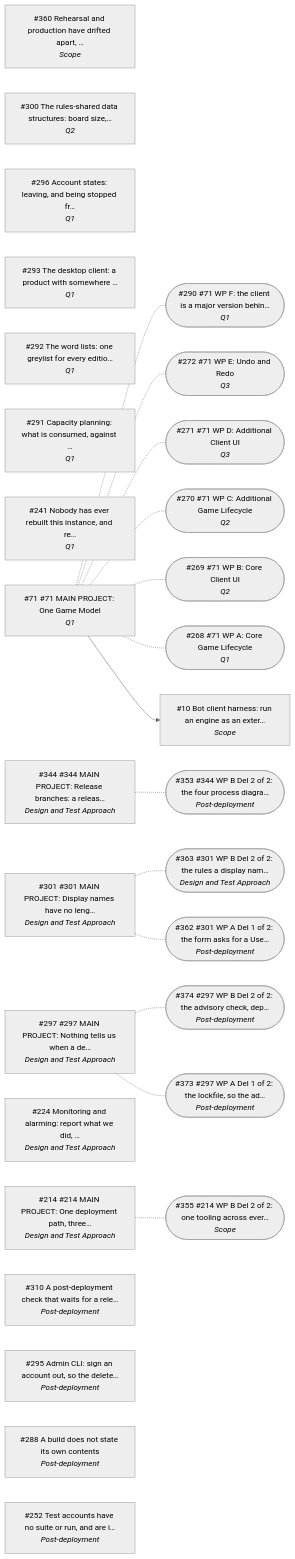
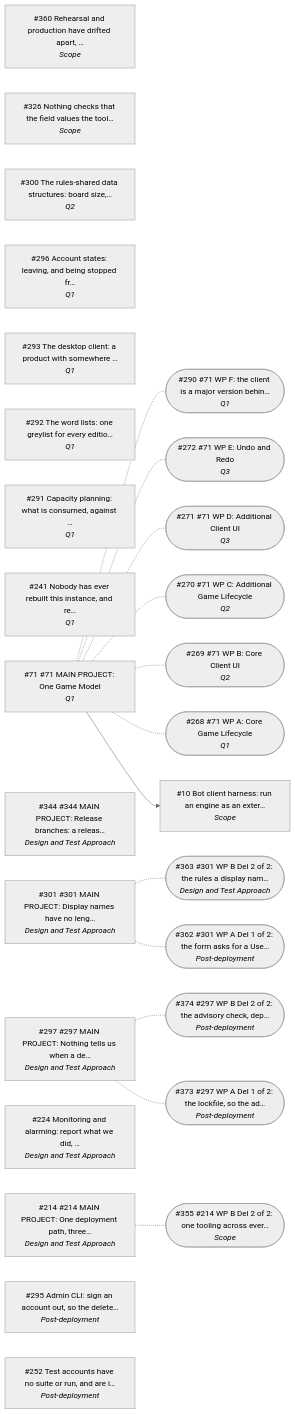
One commit to delphside/tile-lite-elite changed the diagram in docs/1.5-work-in-progress.md. Above: the diagram before and after it, drawn with Mermaid (neutral theme).

Commit message:
app 0.8.1 api 2.13: the roadmap, after #326 became a project
Derived from the issues, so it should not sit stale.

Refs #326

````diff
--- a/docs/1.5-work-in-progress.md
+++ b/docs/1.5-work-in-progress.md
@@ -21,46 +21,43 @@
 ```mermaid
 flowchart LR
   n360["#360 Rehearsal and production have drifted apart, …<br/><i>Scope</i>"]
   n355(["#355 #214 WP B Del 2 of 2: one tooling across ever…<br/><i>Scope</i>"])
+  n326["#326 Nothing checks that the field values the tool…<br/><i>Scope</i>"]
   n10["#10 Bot client harness: run an engine as an exter…<br/><i>Scope</i>"]
   n272(["#272 #71 WP E: Undo and Redo<br/><i>Q3</i>"])
   n271(["#271 #71 WP D: Additional Client UI<br/><i>Q3</i>"])
   n300["#300 The rules-shared data structures: board size,…<br/><i>Q2</i>"]
   n270(["#270 #71 WP C: Additional Game Lifecycle<br/><i>Q2</i>"])
   n269(["#269 #71 WP B: Core Client UI<br/><i>Q2</i>"])
   n296["#296 Account states: leaving, and being stopped fr…<br/><i>Q1</i>"]
   n293["#293 The desktop client: a product with somewhere …<br/><i>Q1</i>"]
   n292["#292 The word lists: one greylist for every editio…<br/><i>Q1</i>"]
   n291["#291 Capacity planning: what is consumed, against …<br/><i>Q1</i>"]
   n290(["#290 #71 WP F: the client is a major version behin…<br/><i>Q1</i>"])
   n268(["#268 #71 WP A: Core Game Lifecycle<br/><i>Q1</i>"])
   n241["#241 Nobody has ever rebuilt this instance, and re…<br/><i>Q1</i>"]
   n71["#71 #71 MAIN PROJECT: One Game Model<br/><i>Q1</i>"]
   n363(["#363 #301 WP B Del 2 of 2: the rules a display nam…<br/><i>Design and Test Approach</i>"])
   n344["#344 #344 MAIN PROJECT: Release branches: a releas…<br/><i>Design and Test Approach</i>"]
   n301["#301 #301 MAIN PROJECT: Display names have no leng…<br/><i>Design and Test Approach</i>"]
   n297["#297 #297 MAIN PROJECT: Nothing tells us when a de…<br/><i>Design and Test Approach</i>"]
   n224["#224 Monitoring and alarming: report what we did, …<br/><i>Design and Test Approach</i>"]
   n214["#214 #214 MAIN PROJECT: One deployment path, three…<br/><i>Design and Test Approach</i>"]
   n374(["#374 #297 WP B Del 2 of 2: the advisory check, dep…<br/><i>Post-deployment</i>"])
   n373(["#373 #297 WP A Del 1 of 2: the lockfile, so the ad…<br/><i>Post-deployment</i>"])
   n362(["#362 #301 WP A Del 1 of 2: the form asks for a Use…<br/><i>Post-deployment</i>"])
-  n353(["#353 #344 WP B Del 2 of 2: the four process diagra…<br/><i>Post-deployment</i>"])
-  n310["#310 A post-deployment check that waits for a rele…<br/><i>Post-deployment</i>"]
   n295["#295 Admin CLI: sign an account out, so the delete…<br/><i>Post-deployment</i>"]
-  n288["#288 A build does not state its own contents<br/><i>Post-deployment</i>"]
   n252["#252 Test accounts have no suite or run, and are i…<br/><i>Post-deployment</i>"]
   n297 -.- n374
   n297 -.- n373
   n301 -.- n363
   n301 -.- n362
   n214 -.- n355
-  n344 -.- n353
   n71 -.- n290
   n71 -.- n272
   n71 -.- n271
   n71 -.- n270
   n71 -.- n269
   n71 -.- n268
   n71 --> n10
 ```
````
